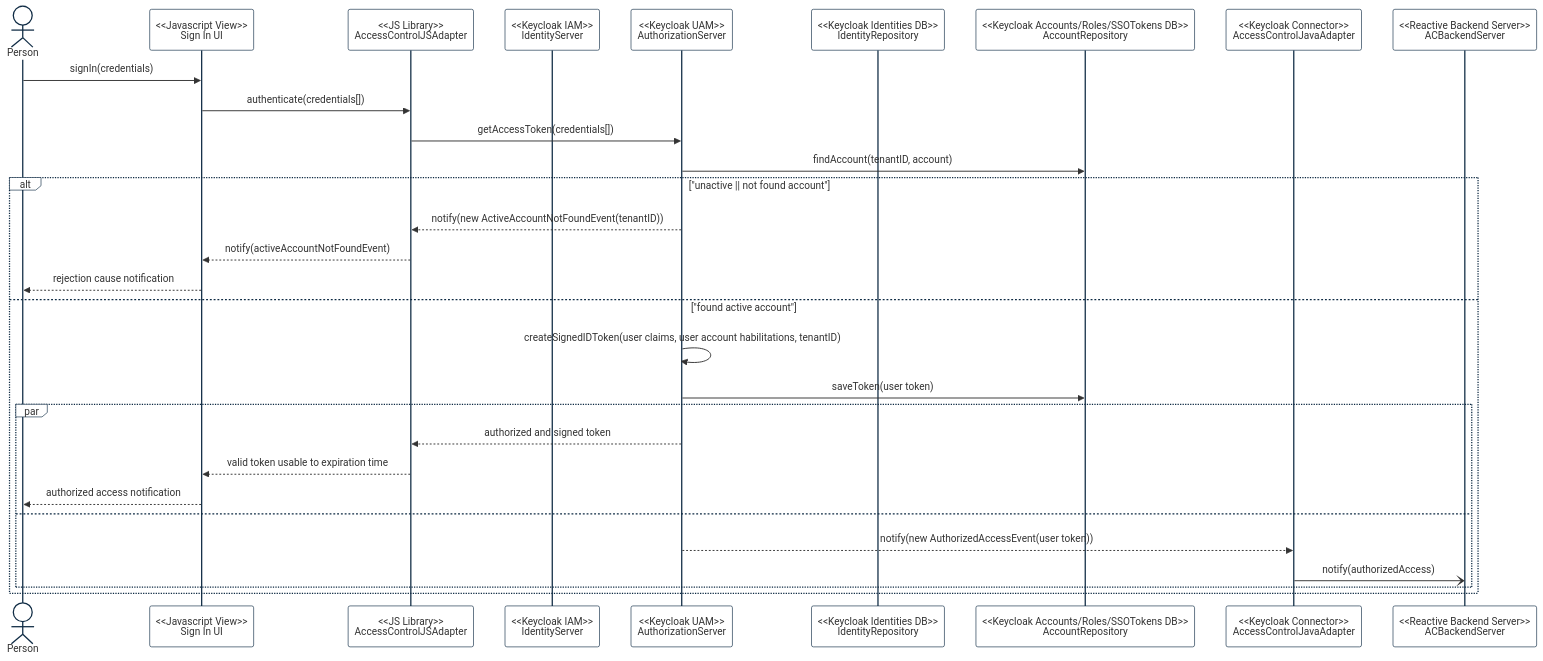
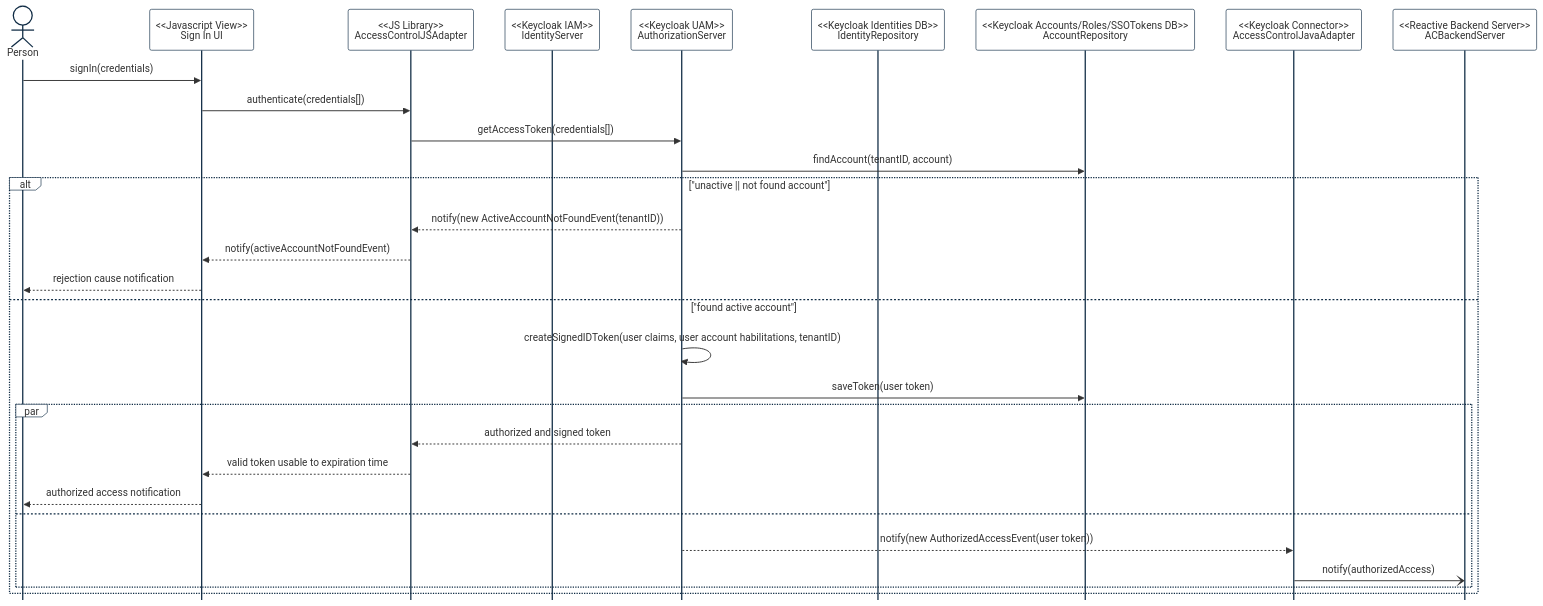
One commit to cybnity/domain-access-control changed the diagram in docs/implementation-view/user-access-enforcement.md. Above: the diagram before and after it, drawn with Mermaid. The commit also changed 3 other files, not shown here.

````diff
--- a/docs/implementation-view/user-access-enforcement.md
+++ b/docs/implementation-view/user-access-enforcement.md
@@ -9,51 +9,54 @@
 ```mermaid
 %%{
   init: {
     'theme': 'base',
     'themeVariables': {
         'background': '#ffffff',
         'fontFamily': 'arial',
         'fontSize': '18px',
         'primaryColor': '#fff',
         'primaryBorderColor': '#0e2a43',
         'secondaryBorderColor': '#0e2a43',
         'tertiaryBorderColor': '#0e2a43',
         'edgeLabelBackground':'#0e2a43',
         'lineColor': '#0e2a43',
         'tertiaryColor': '#fff'
+    },
+    'sequence': {
+		'mirrorActors': false
     }
   }
 }%%
 
 sequenceDiagram
 	actor Person
 	participant SignInWebUI as <<Javascript View>><br>Sign In UI
 	participant AccessControlJSAdapter as <<JS Library>><br>AccessControlJSAdapter
   participant IdentityServer as <<Keycloak IAM>><br>IdentityServer
   participant AuthorizationServer as <<Keycloak UAM>><br>AuthorizationServer
 	participant IAMDB as <<Keycloak Identities DB>><br>IdentityRepository
 	participant UAMDB as <<Keycloak Accounts/Roles/SSOTokens DB>><br>AccountRepository
   participant AccessControlJavaAdapter as <<Keycloak Connector>><br>AccessControlJavaAdapter
 	participant ACBackendServer as <<Reactive Backend Server>><br>ACBackendServer
 	Person->>SignInWebUI: signIn(credentials)
 	SignInWebUI->>AccessControlJSAdapter: authenticate(credentials[])
 	AccessControlJSAdapter->>AuthorizationServer: getAccessToken(credentials[])
 	AuthorizationServer->>UAMDB: findAccount(tenantID, account)
 	alt "unactive || not found account"
 		AuthorizationServer-->>AccessControlJSAdapter: notify(new ActiveAccountNotFoundEvent(tenantID))
 		AccessControlJSAdapter-->>SignInWebUI: notify(activeAccountNotFoundEvent)
 		SignInWebUI-->>Person: rejection cause notification
 	else "found active account"
 		AuthorizationServer->>AuthorizationServer: createSignedIDToken(user claims, user account habilitations, tenantID)
 		AuthorizationServer->>UAMDB: saveToken(user token)
 		par
 			AuthorizationServer-->>AccessControlJSAdapter: authorized and signed token
 			AccessControlJSAdapter-->>SignInWebUI: valid token usable to expiration time
 			SignInWebUI-->>Person: authorized access notification
 		and
 			AuthorizationServer-->>AccessControlJavaAdapter: notify(new AuthorizedAccessEvent(user token))
 			AccessControlJavaAdapter-)ACBackendServer: notify(authorizedAccess)
 		end
 	end
 
 ```
````
